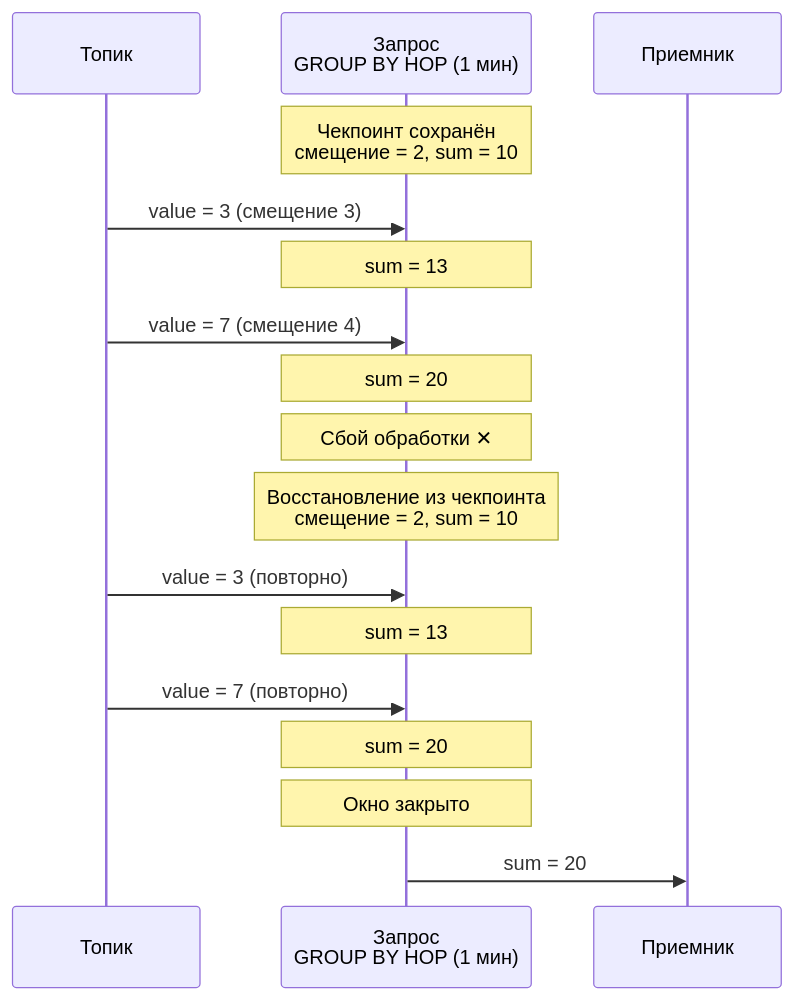
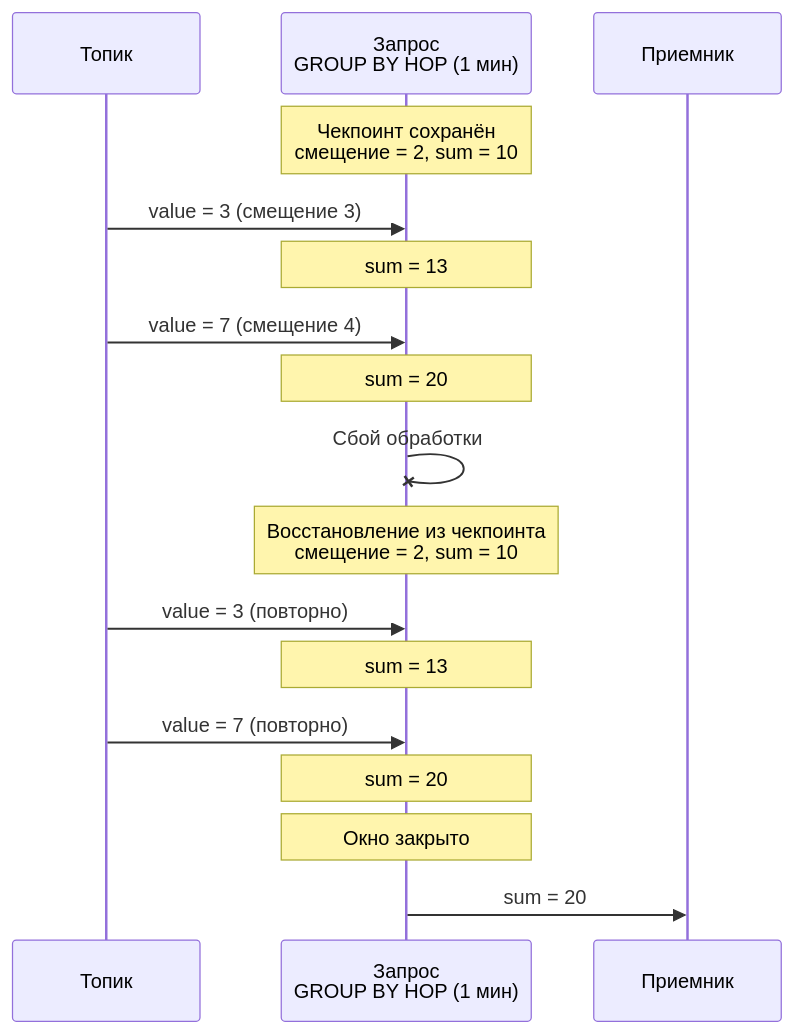
The first of 2 diagrams in ydb/docs/ru/core/dev/streaming-query/checkpoints.md (ydb-platform/ydb), drawn with Mermaid before and after one commit. The commit also changed 1 other file, not shown here.

Commit message:
docs: use self-arrow to represent failure in sequence diagrams

````diff
--- a/ydb/docs/ru/core/dev/streaming-query/checkpoints.md
+++ b/ydb/docs/ru/core/dev/streaming-query/checkpoints.md
@@ -18,20 +18,20 @@
 ```mermaid
 sequenceDiagram
     participant Топик
     participant Запрос as Запрос<br/>GROUP BY HOP (1 мин)
     participant Приемник
 
     Note over Запрос: Чекпоинт сохранён<br/>смещение = 2, sum = 10
     Топик->>Запрос: value = 3 (смещение 3)
     Note over Запрос: sum = 13
     Топик->>Запрос: value = 7 (смещение 4)
     Note over Запрос: sum = 20
-    Note over Запрос: Сбой обработки ✕
+    Запрос-xЗапрос: Сбой обработки
     Note over Запрос: Восстановление из чекпоинта<br/>смещение = 2, sum = 10
     Топик->>Запрос: value = 3 (повторно)
     Note over Запрос: sum = 13
     Топик->>Запрос: value = 7 (повторно)
     Note over Запрос: sum = 20
     Note over Запрос: Окно закрыто
     Запрос->>Приемник: sum = 20
 ```
````
